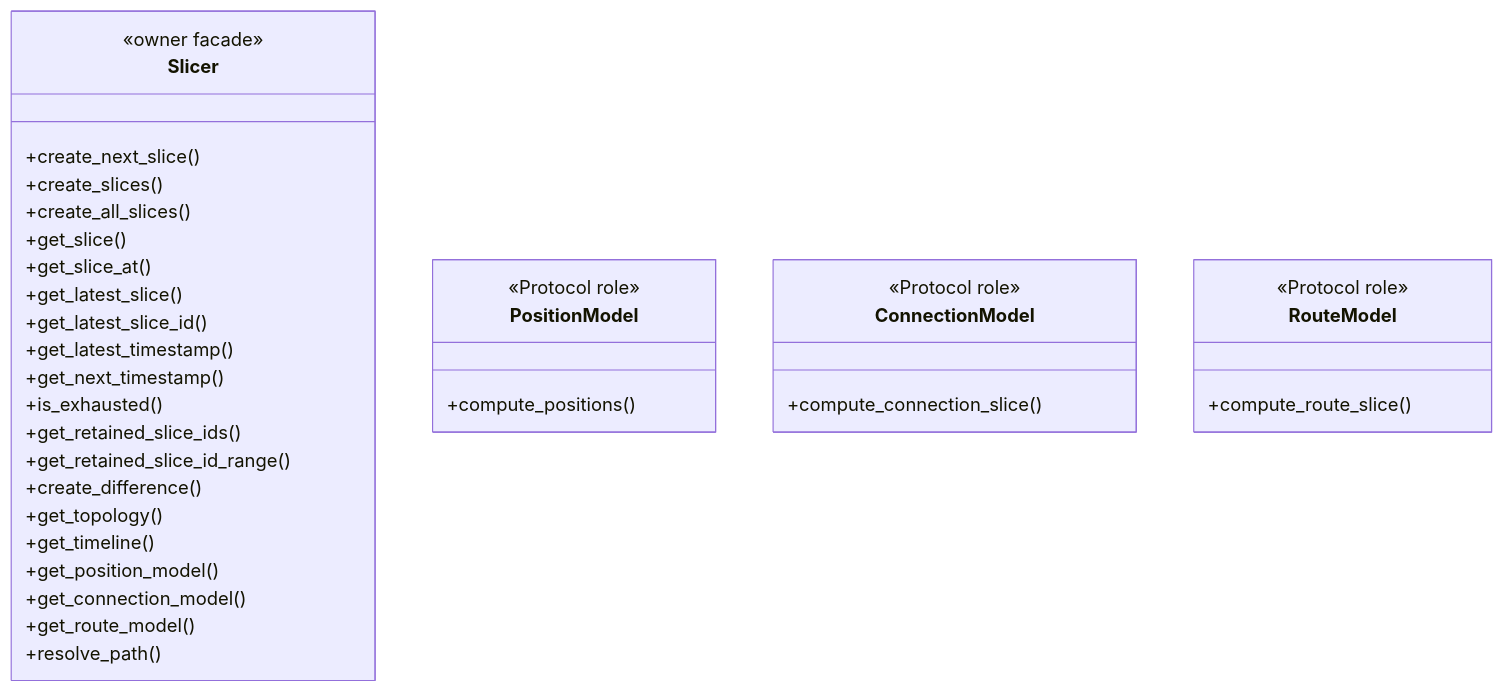
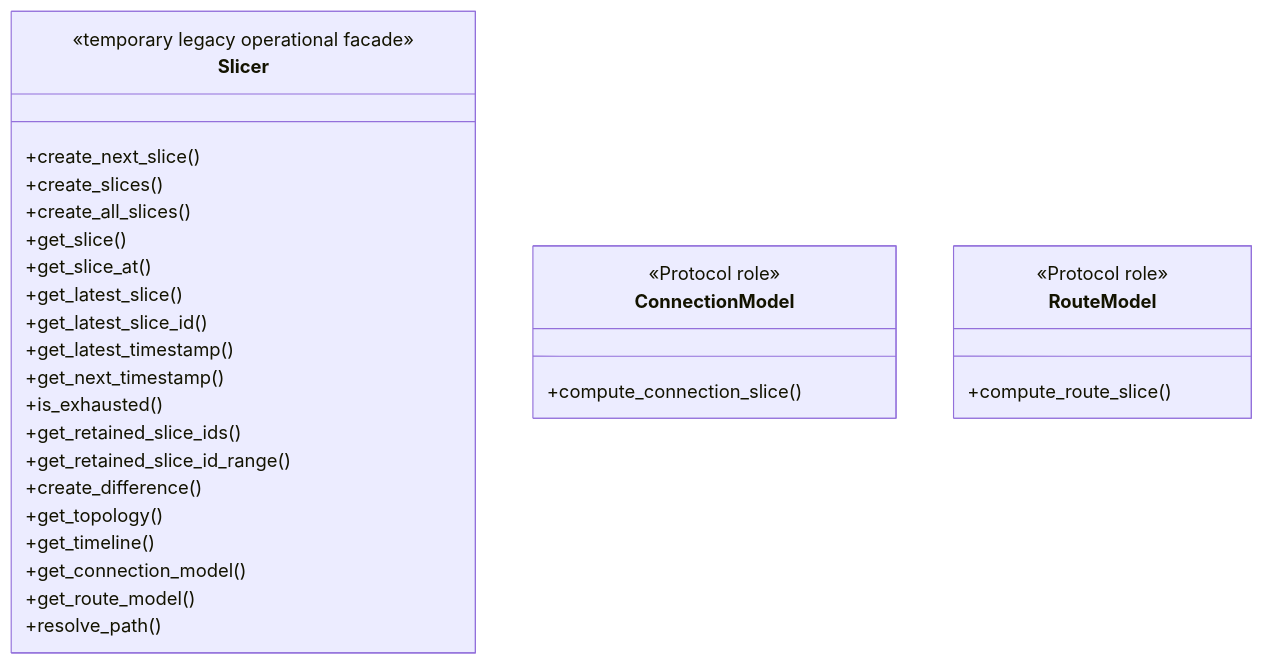
One commit to seed-labs/skyseed changed the sixth of 10 diagrams in skyseed_v2/src/skyseed_v2/simulator/slicing/README.md. Above: the diagram before and after it, drawn with Mermaid. The commit also changed other lines of this file and 94 other files, not shown here.

````diff
--- a/skyseed_v2/src/skyseed_v2/simulator/slicing/README.md
+++ b/skyseed_v2/src/skyseed_v2/simulator/slicing/README.md
@@ -103,37 +114,32 @@
 ```mermaid
 classDiagram
     class Slicer {
-        <<owner facade>>
+        <<temporary legacy operational facade>>
         +create_next_slice()
         +create_slices()
         +create_all_slices()
         +get_slice()
         +get_slice_at()
         +get_latest_slice()
         +get_latest_slice_id()
         +get_latest_timestamp()
         +get_next_timestamp()
         +is_exhausted()
         +get_retained_slice_ids()
         +get_retained_slice_id_range()
         +create_difference()
         +get_topology()
         +get_timeline()
-        +get_position_model()
         +get_connection_model()
         +get_route_model()
         +resolve_path()
-    }
-    class PositionModel {
-        <<Protocol role>>
-        +compute_positions()
     }
     class ConnectionModel {
         <<Protocol role>>
         +compute_connection_slice()
     }
     class RouteModel {
         <<Protocol role>>
         +compute_route_slice()
     }
 ```
````
